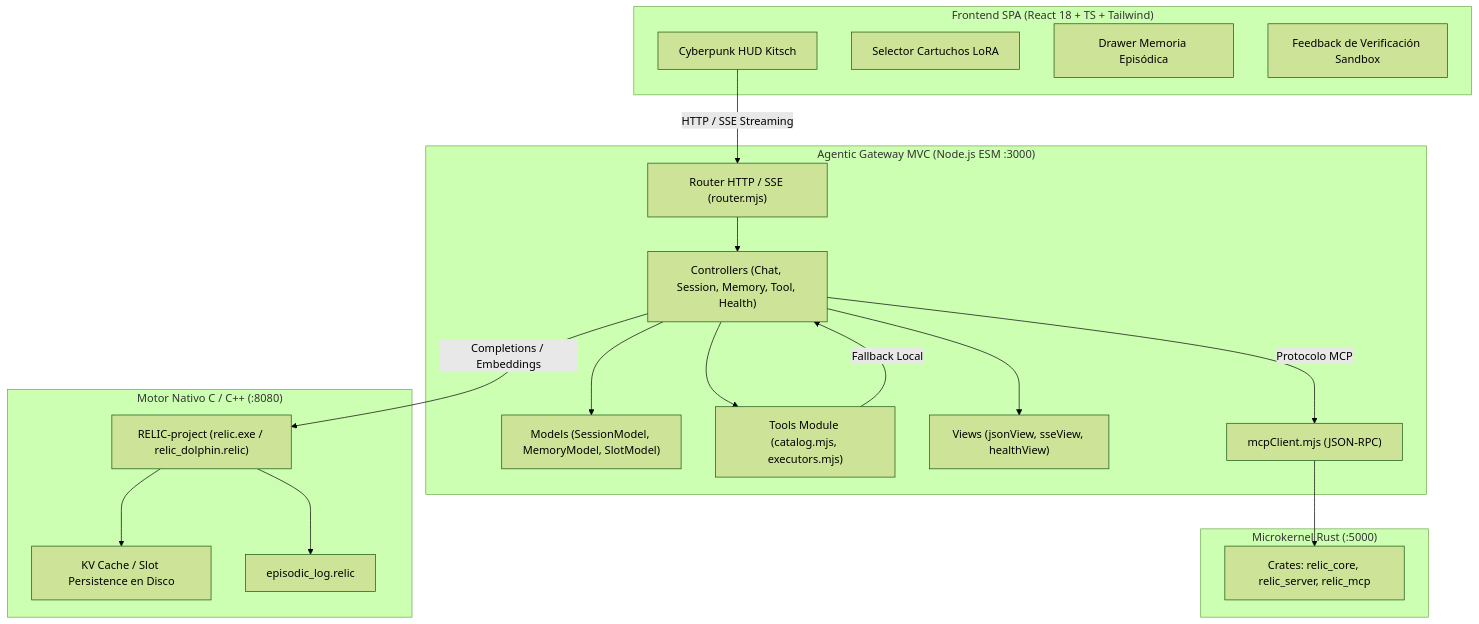
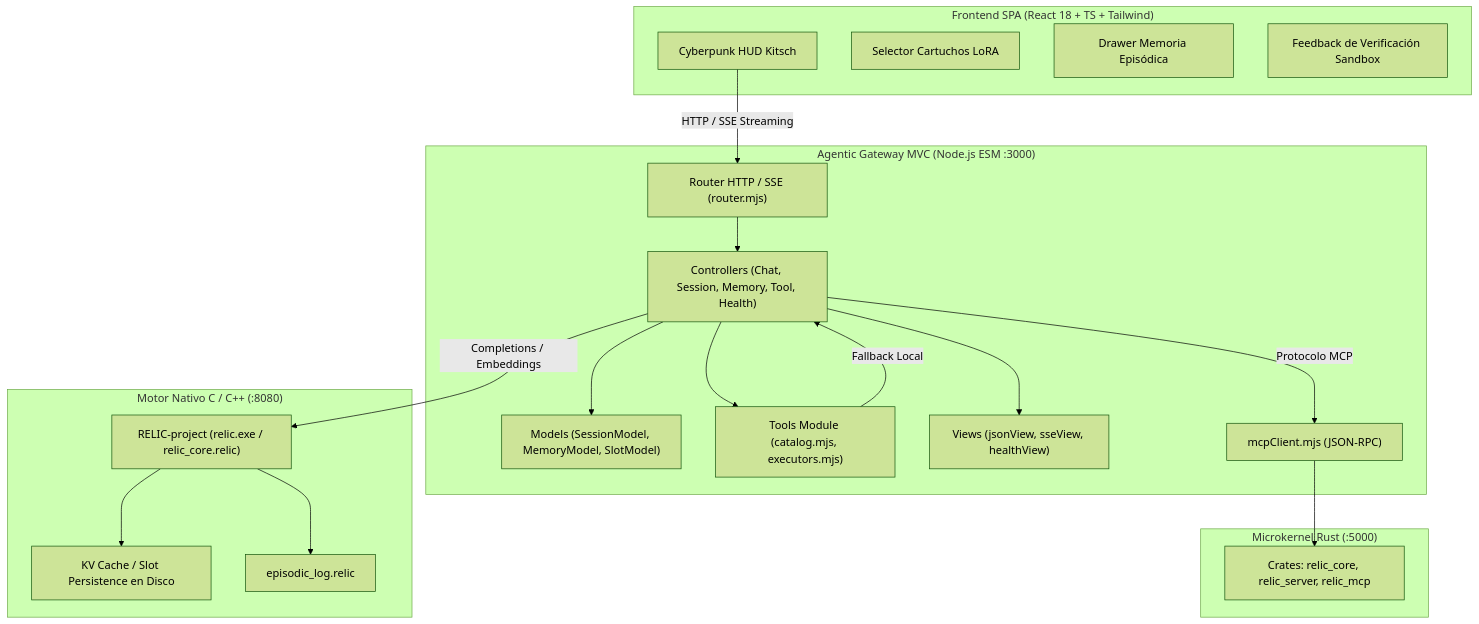
The diagram in docs/README.md (dev-nikolas/Simple_Domain), drawn with Mermaid (forest theme) before and after one commit. The commit also changed 47 other files, not shown here.

````diff
--- a/docs/README.md
+++ b/docs/README.md
@@ -9,40 +9,40 @@
 ```mermaid
 graph TD
     subgraph Frontend["Frontend SPA (React 18 + TS + Tailwind)"]
         UI["Cyberpunk HUD Kitsch"]
         Cartridges["Selector Cartuchos LoRA"]
         MemoryDrawer["Drawer Memoria Episódica"]
         SandboxCard["Feedback de Verificación Sandbox"]
     end
 
     subgraph Gateway["Agentic Gateway MVC (Node.js ESM :3000)"]
         Router["Router HTTP / SSE (router.mjs)"]
         Controllers["Controllers (Chat, Session, Memory, Tool, Health)"]
         Models["Models (SessionModel, MemoryModel, SlotModel)"]
         Tools["Tools Module (catalog.mjs, executors.mjs)"]
         Views["Views (jsonView, sseView, healthView)"]
         MCPClient["mcpClient.mjs (JSON-RPC)"]
     end
 
     subgraph RelicMCP["Microkernel Rust (:5000)"]
         RustMCP["Crates: relic_core, relic_server, relic_mcp"]
     end
 
     subgraph Engine["Motor Nativo C / C++ (:8080)"]
-        RelicInference["RELIC-project (relic.exe / relic_dolphin.relic)"]
+        RelicInference["RELIC-project (relic.exe / relic_core.relic)"]
         SlotCache["KV Cache / Slot Persistence en Disco"]
         EpisodicMemory["episodic_log.relic"]
     end
 
     UI -->|"HTTP / SSE Streaming"| Router
     Router --> Controllers
     Controllers --> Models
     Controllers --> Tools
     Controllers --> Views
     Tools -->|"Fallback Local"| Controllers
     Controllers -->|"Protocolo MCP"| MCPClient
     MCPClient --> RustMCP
     Controllers -->|"Completions / Embeddings"| RelicInference
     RelicInference --> SlotCache
     RelicInference --> EpisodicMemory
 ```
````
